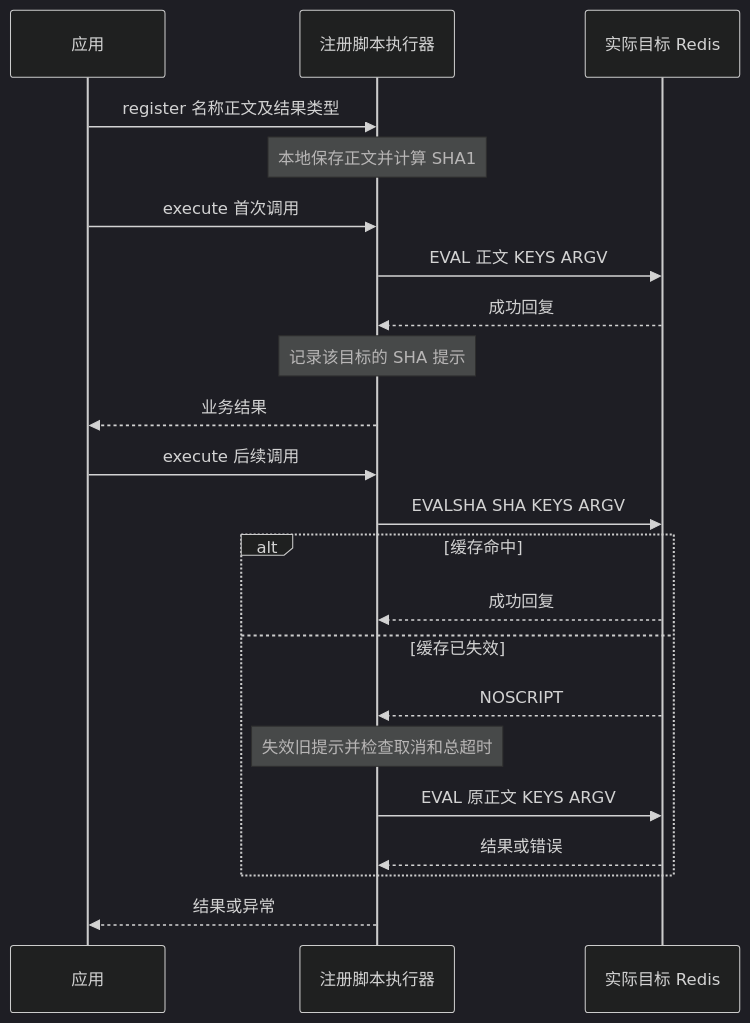
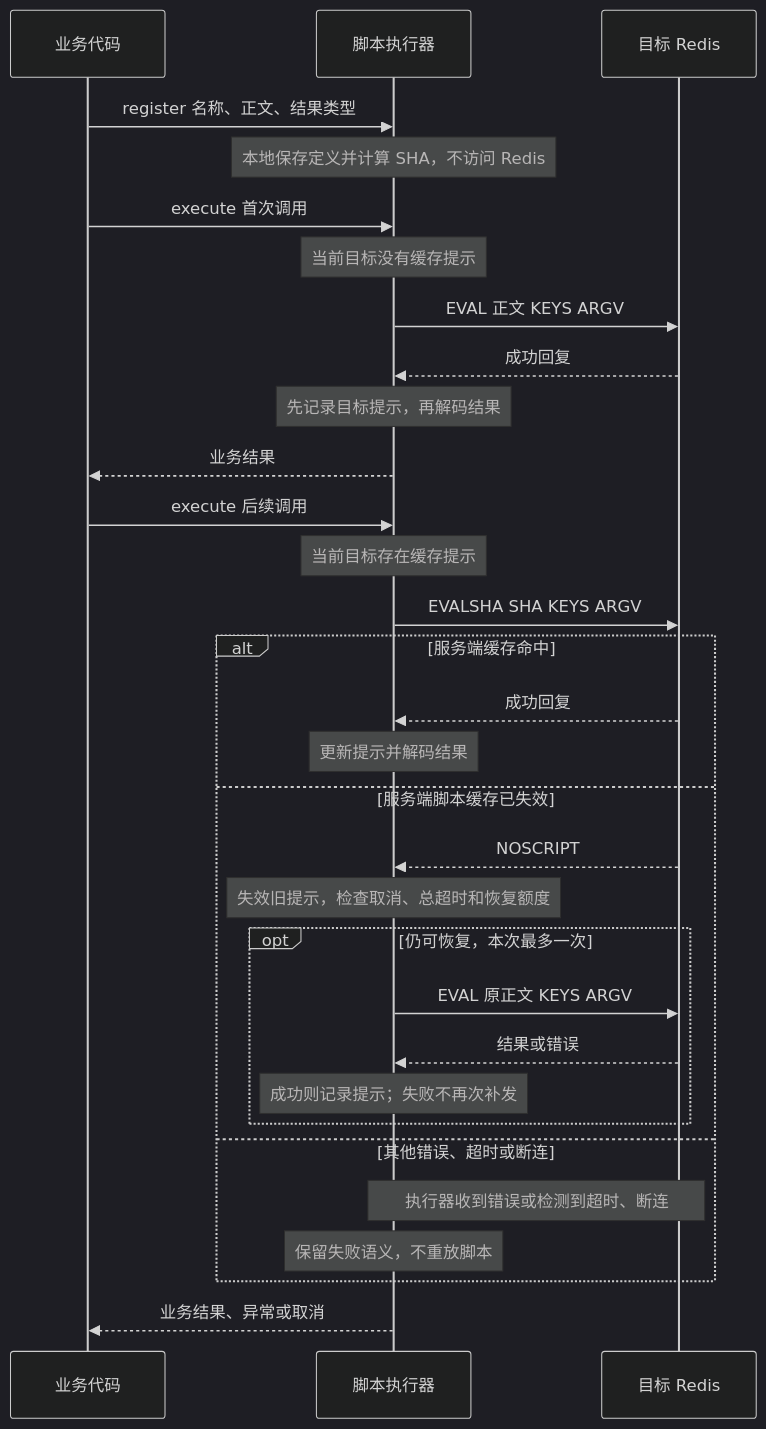
Before and after one commit to susongyan/boba-straw: the second of 2 diagrams in docs/architecture/lua-scripting.md, drawn with Mermaid (dark theme). The commit also changed other lines of this file, not shown here.

Commit message:
docs: clarify Lua design rationale and execution sequence

````diff
--- a/docs/architecture/lua-scripting.md
+++ b/docs/architecture/lua-scripting.md
@@ -175,24 +130,36 @@
 ```mermaid
 sequenceDiagram
-    participant U as 应用
-    participant C as 注册脚本执行器
-    participant R as 实际目标 Redis
-    U->>C: register 名称正文及结果类型
-    Note over C: 本地保存正文并计算 SHA1
+    participant U as 业务代码
+    participant C as 脚本执行器
+    participant R as 目标 Redis
+
+    U->>C: register 名称、正文、结果类型
+    Note over C: 本地保存定义并计算 SHA，不访问 Redis
+
     U->>C: execute 首次调用
+    Note over C: 当前目标没有缓存提示
     C->>R: EVAL 正文 KEYS ARGV
     R-->>C: 成功回复
-    Note over C: 记录该目标的 SHA 提示
+    Note over C: 先记录目标提示，再解码结果
     C-->>U: 业务结果
+
     U->>C: execute 后续调用
+    Note over C: 当前目标存在缓存提示
     C->>R: EVALSHA SHA KEYS ARGV
-    alt 缓存命中
+    alt 服务端缓存命中
         R-->>C: 成功回复
-    else 缓存已失效
+        Note over C: 更新提示并解码结果
+    else 服务端脚本缓存已失效
         R-->>C: NOSCRIPT
-        Note over C: 失效旧提示并检查取消和总超时
-        C->>R: EVAL 原正文 KEYS ARGV
-        R-->>C: 结果或错误
+        Note over C: 失效旧提示，检查取消、总超时和恢复额度
+        opt 仍可恢复，本次最多一次
+            C->>R: EVAL 原正文 KEYS ARGV
+            R-->>C: 结果或错误
+            Note over C: 成功则记录提示；失败不再次补发
+        end
+    else 其他错误、超时或断连
+        Note over C,R: 执行器收到错误或检测到超时、断连
+        Note over C: 保留失败语义，不重放脚本
     end
-    C-->>U: 结果或异常
+    C-->>U: 业务结果、异常或取消
 ```
````
